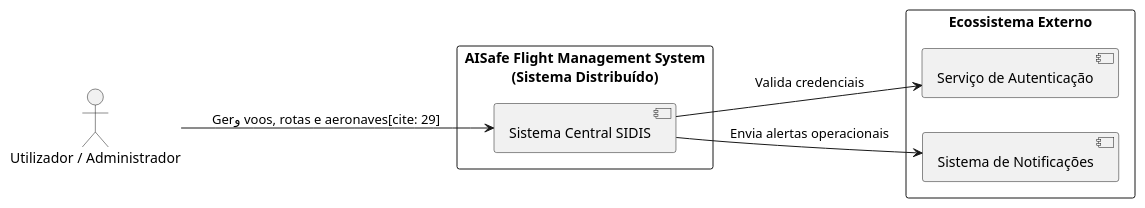
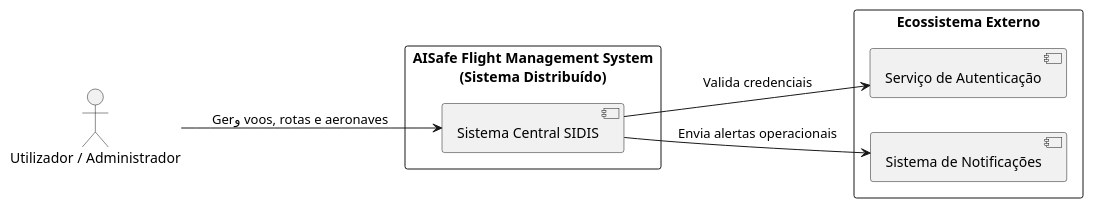
The diagram in diagramas/context.puml (goncalomaia18/SIDIS_3DA_G09), drawn with PlantUML before and after one commit. The commit also changed 4 other files, not shown here.

Commit message:
uml documentacao

```diff
--- a/diagramas/context.puml
+++ b/diagramas/context.puml
@@ -1,19 +1,19 @@
 @startuml
 left to right direction
 skinparam packageStyle rectangle
 
 actor "Utilizador / Administrador" as User
 
 package "Ecossistema Externo" {
     [Serviço de Autenticação] as Auth
     [Sistema de Notificações] as Notif
 }
 
 rectangle "AISafe Flight Management System\n(Sistema Distribuído)" {
     [Sistema Central SIDIS] as System
 }
 
-User --> System : Gerو voos, rotas e aeronaves[cite: 29]
+User --> System : Gerو voos, rotas e aeronaves
 System --> Auth : Valida credenciais
 System --> Notif : Envia alertas operacionais
 @enduml
```
